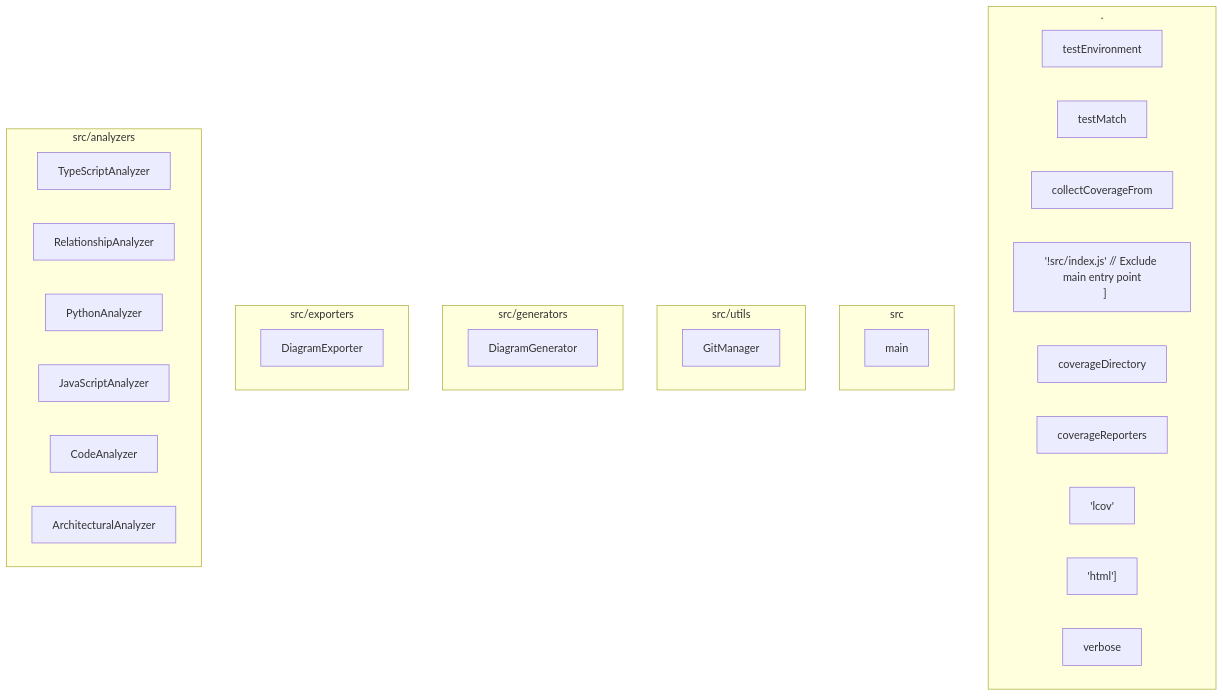
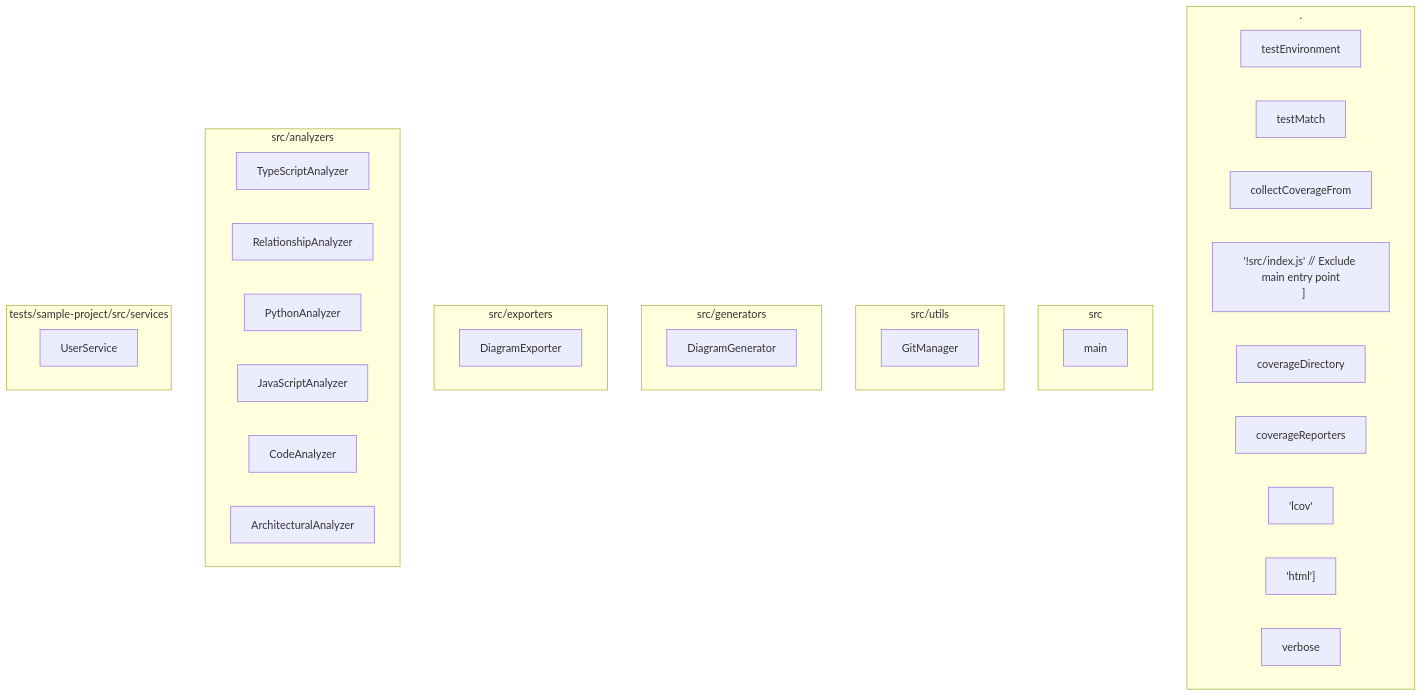
Before and after one commit to samjhill/diagrammer: the diagram in docs/architecture/diagrams/overview/modules.md, drawn with Mermaid. The commit also changed other lines of this file and 48 other files, not shown here.

Commit message:
docs(architecture): update generated diagrams with enhanced metrics and insights [skip ci]

````diff
--- a/docs/architecture/diagrams/overview/modules.md
+++ b/docs/architecture/diagrams/overview/modules.md
@@ -24,46 +24,50 @@
 ```mermaid
 graph TB
   classDef module fill:#e3f2fd,stroke:#1976d2,stroke-width:2px
   classDef export fill:#e8f5e8,stroke:#388e3c,stroke-width:2px
   classDef group fill:#f3e5f5,stroke:#7b1fa2,stroke-width:3px
 
   subgraph _["."]
     testEnvironment["testEnvironment"]
     testMatch["testMatch"]
     collectCoverageFrom["collectCoverageFrom"]
     __src_index_js_____Exclude_main_entry_point____["'!src/index.js' // Exclude main entry point
   ]"]
     coverageDirectory["coverageDirectory"]
     coverageReporters["coverageReporters"]
     _lcov_["'lcov'"]
     _html__["'html']"]
     verbose["verbose"]
   end
 
   subgraph src["src"]
     main["main"]
   end
 
   subgraph src_utils["src/utils"]
     GitManager["GitManager"]
   end
 
   subgraph src_generators["src/generators"]
     DiagramGenerator["DiagramGenerator"]
   end
 
   subgraph src_exporters["src/exporters"]
     DiagramExporter["DiagramExporter"]
   end
 
   subgraph src_analyzers["src/analyzers"]
     TypeScriptAnalyzer["TypeScriptAnalyzer"]
     RelationshipAnalyzer["RelationshipAnalyzer"]
     PythonAnalyzer["PythonAnalyzer"]
     JavaScriptAnalyzer["JavaScriptAnalyzer"]
     CodeAnalyzer["CodeAnalyzer"]
     ArchitecturalAnalyzer["ArchitecturalAnalyzer"]
   end
 
+  subgraph tests_sample_project_src_services["tests/sample-project/src/services"]
+    UserService["UserService"]
+  end
+
 
 ```
````
